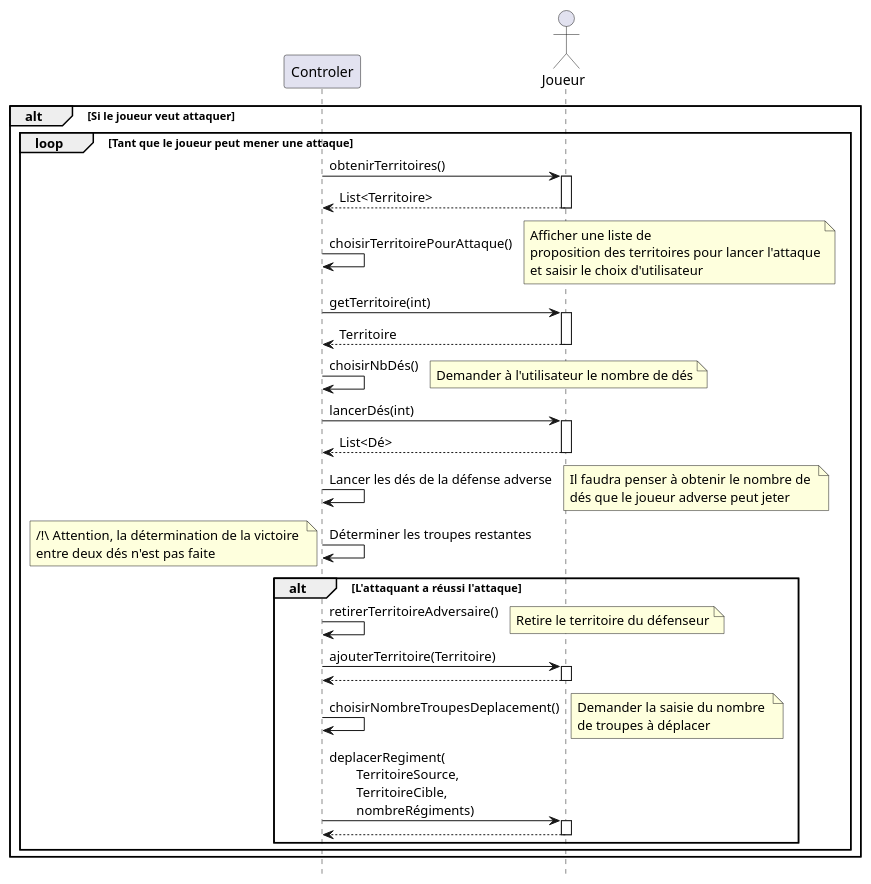
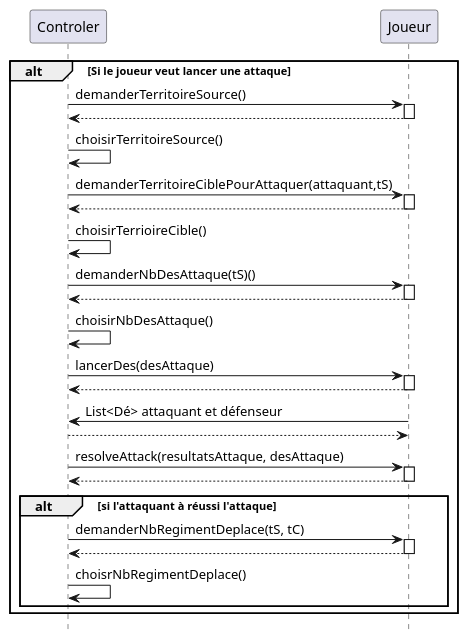
Before and after one commit to manuvai/risk2023: the diagram in docs/inc/attaque.puml, drawn with PlantUML. The commit also changed 5 other files, not shown here.

```diff
--- a/docs/inc/attaque.puml
+++ b/docs/inc/attaque.puml
@@ -1,61 +1,32 @@
 
 hide footbox
 
 participant "Controler" as ctrl
-actor "Joueur" as user
+participant "Joueur" as user
 
-alt Si le joueur veut attaquer
-    loop Tant que le joueur peut mener une attaque
-        ctrl -> user ++: obtenirTerritoires()
-        return List<Territoire>
+alt Si le joueur veut lancer une attaque
+    
+    ctrl -> user++ : demanderTerritoireSource()
+    return
+    ctrl -> ctrl: choisirTerritoireSource()
+    ctrl -> user++ : demanderTerritoireCiblePourAttaquer(attaquant,tS)
+    return
+    ctrl -> ctrl: choisirTerrioireCible()
+    ctrl -> user++ : demanderNbDesAttaque(tS)()
+    return
+    ctrl -> ctrl: choisirNbDesAttaque()
+    ctrl -> user++ :lancerDes(desAttaque)
+    return
+    user -> ctrl : List<Dé> attaquant et défenseur 
+    return
+    ctrl -> user++ : resolveAttack(resultatsAttaque, desAttaque)
+    return
 
-        ctrl -> ctrl : choisirTerritoirePourAttaque()
-        note right
-            Afficher une liste de 
-            proposition des territoires pour lancer l'attaque
-            et saisir le choix d'utilisateur
-        end note
 
-        ctrl -> user ++: getTerritoire(int)
-        return Territoire
+    alt si l'attaquant à réussi l'attaque
 
-        ctrl -> ctrl : choisirNbDés()
-        note right
-            Demander à l'utilisateur le nombre de dés
-        end note
-
-        ctrl -> user++ : lancerDés(int)
-        return List<Dé>
-
-        ctrl -> ctrl : Lancer les dés de la défense adverse
-        note right
-            Il faudra penser à obtenir le nombre de 
-            dés que le joueur adverse peut jeter
-        end note
-
-        ctrl -> ctrl : Déterminer les troupes restantes
-        note left
-            /!\ Attention, la détermination de la victoire 
-            entre deux dés n'est pas faite
-        end note
-
-        alt L'attaquant a réussi l'attaque
-            ctrl -> ctrl : retirerTerritoireAdversaire()
-            note right
-                Retire le territoire du défenseur
-            end note
-
-            ctrl -> user ++: ajouterTerritoire(Territoire)
-            return
-
-            ctrl -> ctrl : choisirNombreTroupesDeplacement()
-            note right
-                Demander la saisie du nombre 
-                de troupes à déplacer
-            end note
-            ctrl -> user ++: deplacerRegiment(\n\tTerritoireSource, \n\tTerritoireCible, \n\tnombreRégiments)
-            return
-
-        end
+        ctrl -> user++ :demanderNbRegimentDeplace(tS, tC)
+        return
+        ctrl -> ctrl:choisrNbRegimentDeplace()
     end
 end
```
